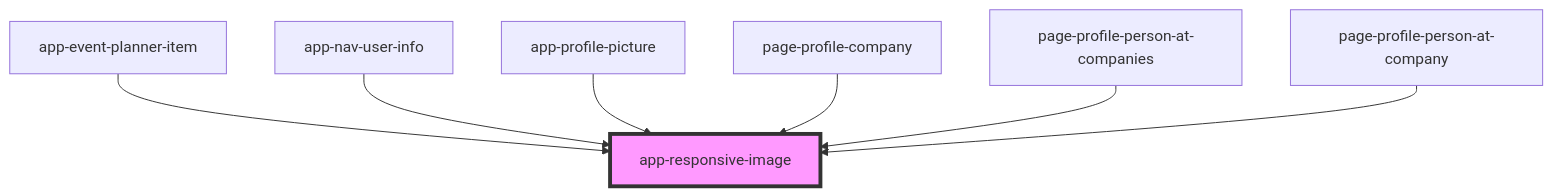
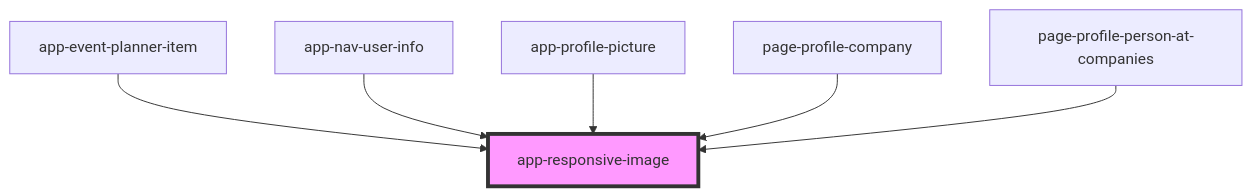
The diagram in iconeventnetwork-web/src/components/app-responsive-image/readme.md (lokheed/IconEventNetwork.Web), drawn with Mermaid before and after one commit. The commit also changed other lines of this file and 37 other files, not shown here.

````diff
--- a/iconeventnetwork-web/src/components/app-responsive-image/readme.md
+++ b/iconeventnetwork-web/src/components/app-responsive-image/readme.md
@@ -30,10 +29,9 @@
 ```mermaid
 graph TD;
   app-event-planner-item --> app-responsive-image
   app-nav-user-info --> app-responsive-image
   app-profile-picture --> app-responsive-image
   page-profile-company --> app-responsive-image
   page-profile-person-at-companies --> app-responsive-image
-  page-profile-person-at-company --> app-responsive-image
   style app-responsive-image fill:#f9f,stroke:#333,stroke-width:4px
 ```
````
